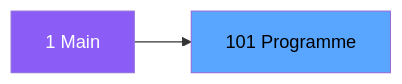
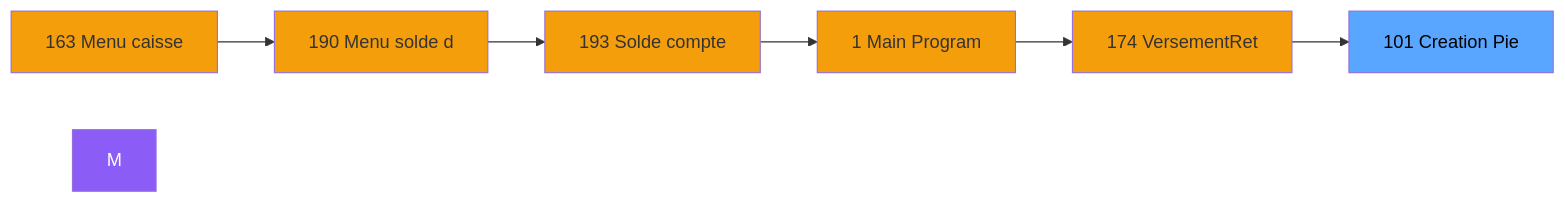
Before and after one commit to thonyAGP/magic-migration: the second of 3 diagrams in .openspec/specs/ADH-IDE-101.md, drawn with Mermaid. The commit also changed other lines of this file and 323 other files, not shown here.

````diff
--- a/.openspec/specs/ADH-IDE-101.md
+++ b/.openspec/specs/ADH-IDE-101.md
@@ -100,8 +121,21 @@
 ```mermaid
 graph LR
-    M[1 Main]
-    T[101 Programme]
-    M --> T
+    N163[163 Menu caisse ]
+    N190[190 Menu solde d]
+    N193[193 Solde compte]
+    N1[1 Main Program]
+    N174[174 VersementRet]
+    T[101 Creation Pie]
+    N163 --> N190
+    N190 --> N193
+    N193 --> N1
+    N1 --> N174
+    N174 --> T
     style M fill:#8b5cf6,color:#fff
+    style N163 fill:#f59e0b
+    style N190 fill:#f59e0b
+    style N193 fill:#f59e0b
+    style N1 fill:#f59e0b
+    style N174 fill:#f59e0b
     style T fill:#58a6ff,color:#000
 ```
````
